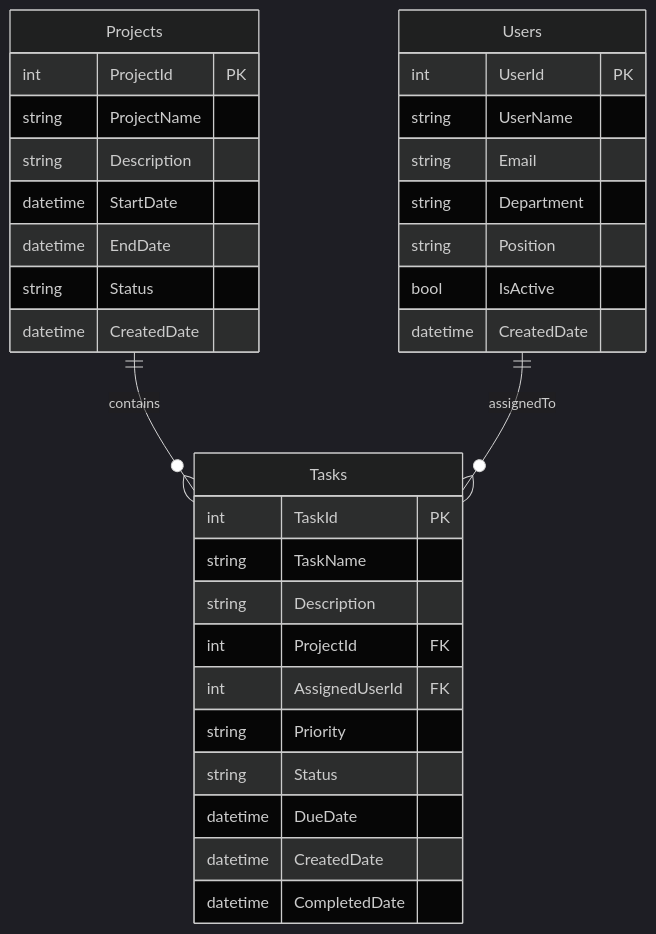
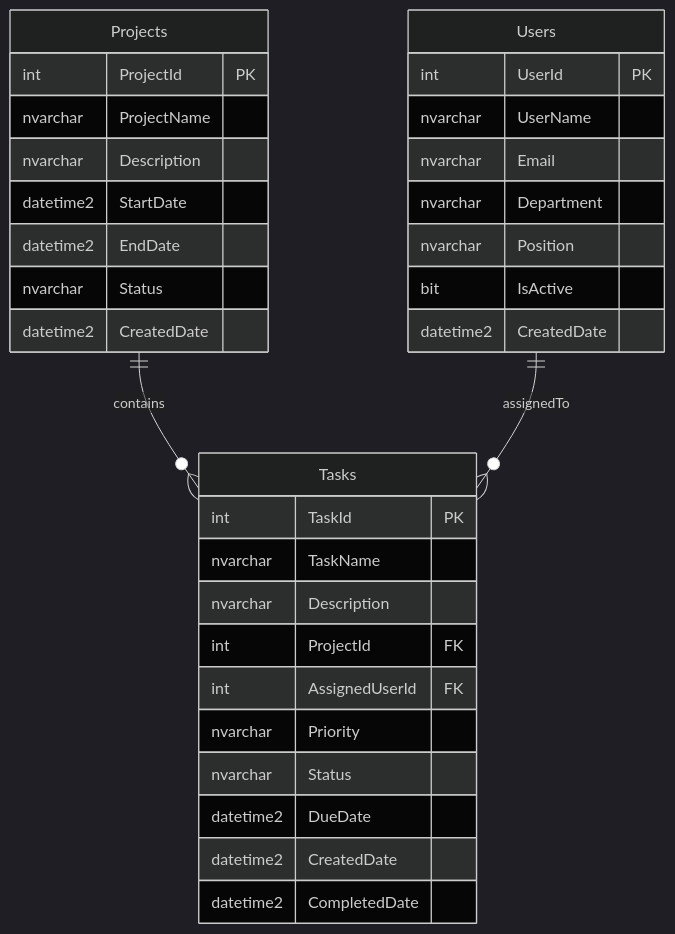
Before and after one commit to LawrenceLee0113/TaskTracker: the diagram in README.md, drawn with Mermaid (dark theme). The commit also changed other lines of this file and 17 other files, not shown here.

````diff
--- a/README.md
+++ b/README.md
@@ -100,38 +117,38 @@
 ```mermaid
 erDiagram
     Projects ||--o{ Tasks : contains
     Users ||--o{ Tasks : assignedTo
     
     Projects {
         int ProjectId PK
-        string ProjectName
-        string Description
-        datetime StartDate
-        datetime EndDate
-        string Status
-        datetime CreatedDate
+        nvarchar ProjectName
+        nvarchar Description
+        datetime2 StartDate
+        datetime2 EndDate
+        nvarchar Status
+        datetime2 CreatedDate
     }
     
     Users {
         int UserId PK
-        string UserName
-        string Email
-        string Department
-        string Position
-        bool IsActive
-        datetime CreatedDate
+        nvarchar UserName
+        nvarchar Email
+        nvarchar Department
+        nvarchar Position
+        bit IsActive
+        datetime2 CreatedDate
     }
     
     Tasks {
         int TaskId PK
-        string TaskName
-        string Description
+        nvarchar TaskName
+        nvarchar Description
         int ProjectId FK
         int AssignedUserId FK
-        string Priority
-        string Status
-        datetime DueDate
-        datetime CreatedDate
-        datetime CompletedDate
+        nvarchar Priority
+        nvarchar Status
+        datetime2 DueDate
+        datetime2 CreatedDate
+        datetime2 CompletedDate
     }
 ```
````
